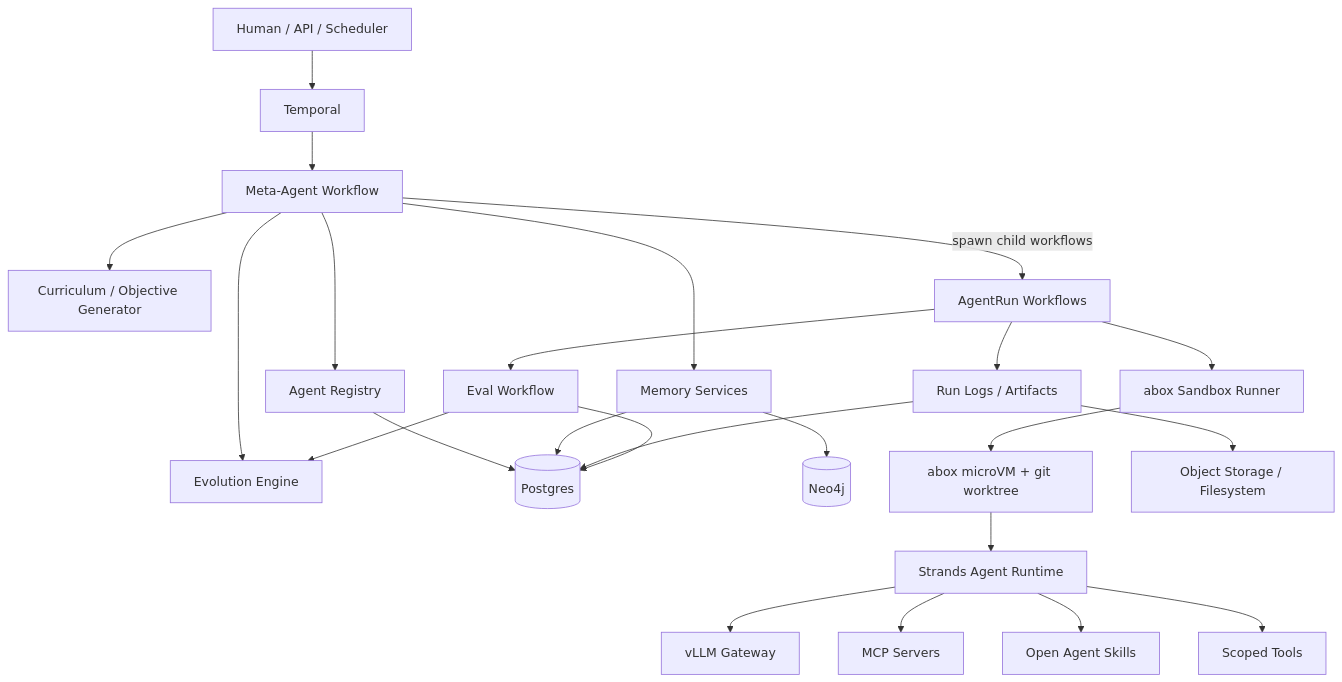
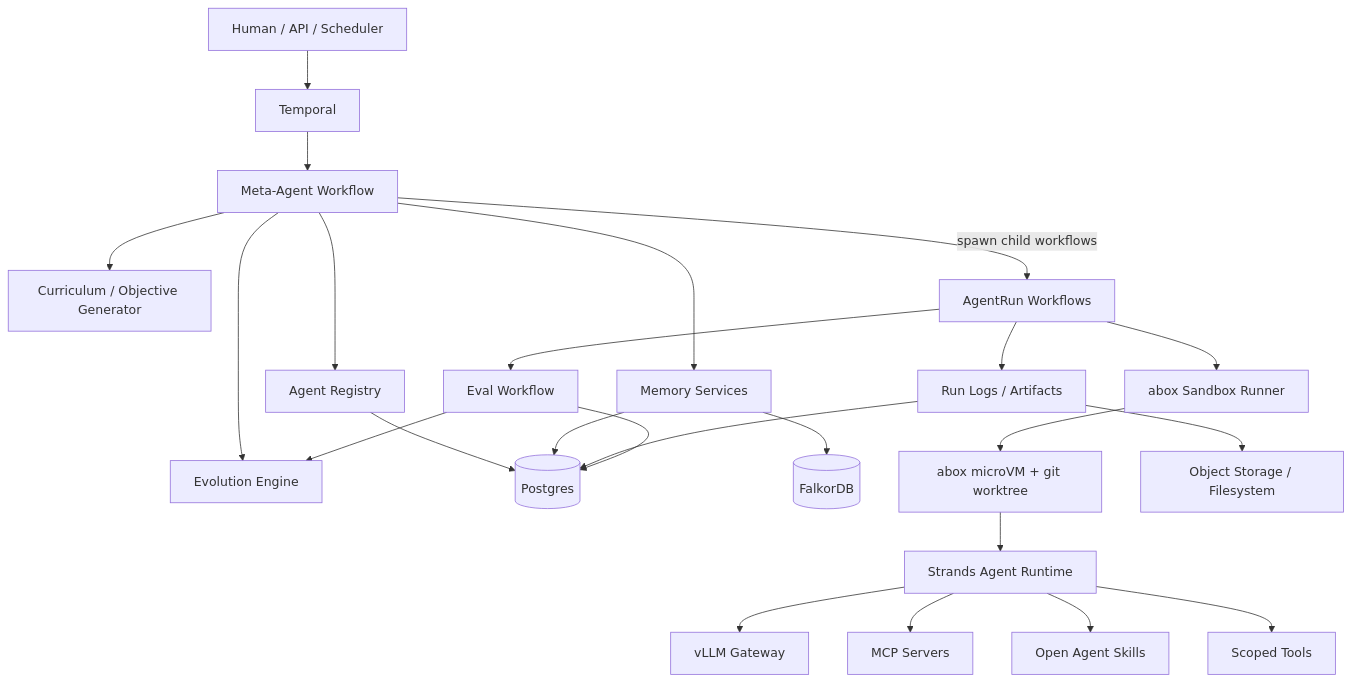
The first of 3 diagrams in docs/spec.md (X-McKay/bakudo), drawn with Mermaid before and after one commit. The commit also changed other lines of this file and 307 other files, not shown here.

````diff
--- a/docs/spec.md
+++ b/docs/spec.md
@@ -66,31 +66,31 @@
 ```mermaid
 flowchart TD
     U[Human / API / Scheduler] --> T[Temporal]
 
     T --> M[Meta-Agent Workflow]
     M --> R[Agent Registry]
     M --> C[Curriculum / Objective Generator]
     M --> E[Evolution Engine]
     M --> MEM[Memory Services]
 
     R --> PG[(Postgres)]
     MEM --> PG
-    MEM --> NEO[(Neo4j)]
+    MEM --> GRAPH[(FalkorDB)]
 
     M -->|spawn child workflows| AR[AgentRun Workflows]
     AR --> AB[abox Sandbox Runner]
     AB --> VM[abox microVM + git worktree]
     VM --> SA[Strands Agent Runtime]
 
     SA --> VLLM[vLLM Gateway]
     SA --> MCP[MCP Servers]
     SA --> SK[Open Agent Skills]
     SA --> TOOLS[Scoped Tools]
 
     AR --> LOGS[Run Logs / Artifacts]
     LOGS --> PG
     LOGS --> OBJ[Object Storage / Filesystem]
     AR --> EV[Eval Workflow]
     EV --> PG
     EV --> E
 ```
````
